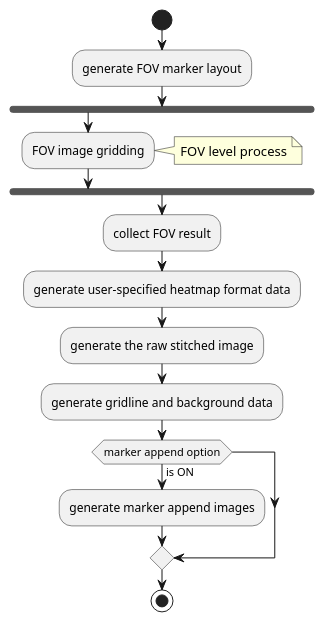
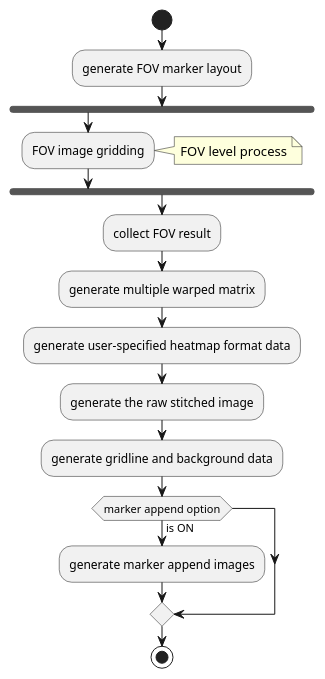
The third of 4 diagrams in doc/algorithm.md (jeff665547/Project-Summit.Grid), drawn with PlantUML before and after one commit. The commit also changed other lines of this file, not shown here.

```diff
--- a/doc/algorithm.md
+++ b/doc/algorithm.md
@@ -217,20 +113,21 @@
 @startuml {channel-level-process.png}
 
 start
 :generate FOV marker layout;
 fork
     :FOV image gridding;
     note right
         FOV level process
     end note
 endfork
 :collect FOV result;
+:generate multiple warped matrix;
 :generate user-specified heatmap format data;
 :generate the raw stitched image;
 :generate gridline and background data;
 if (marker append option) then (is ON)
     :generate marker append images;
 endif;
 stop
 
 @enduml
```
